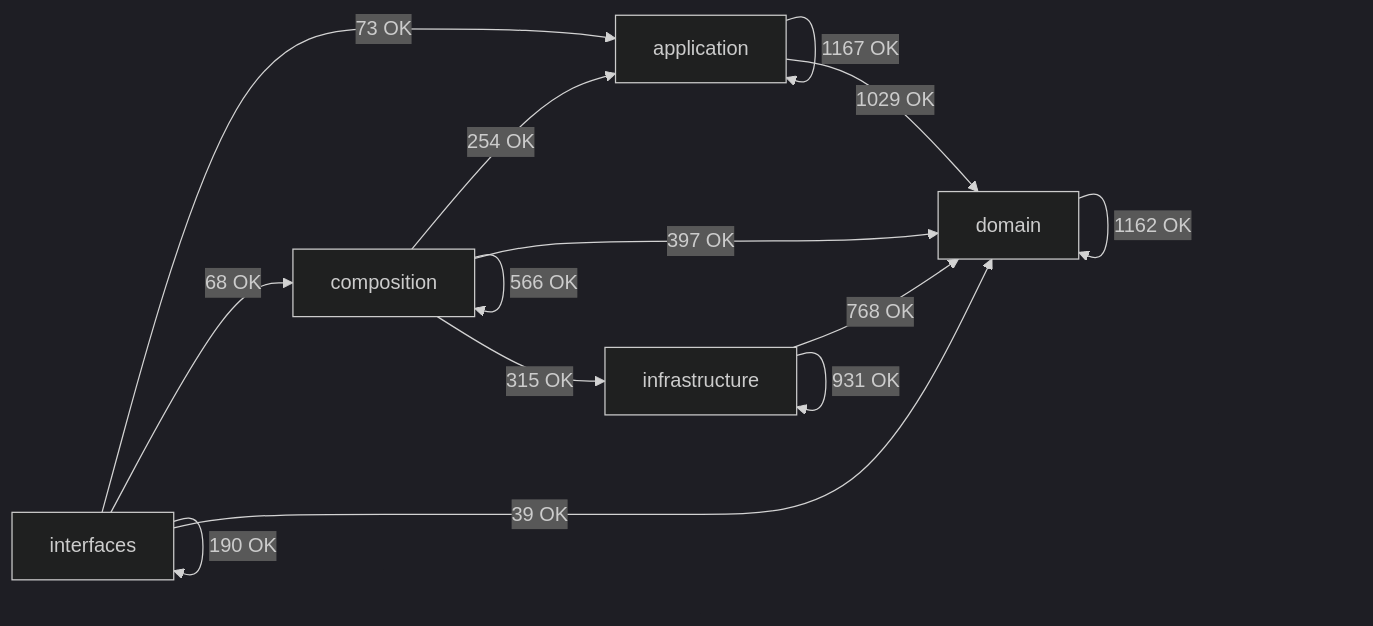
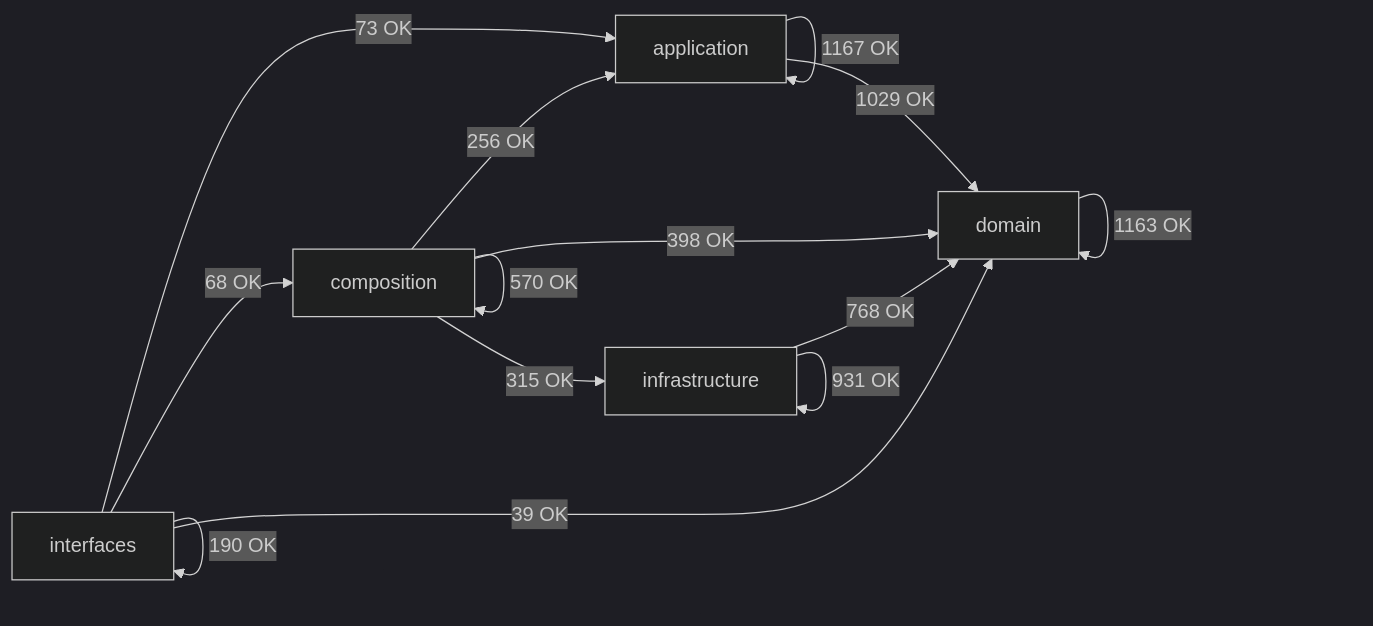
Before and after one commit to SatoryKono/BioactivityDataAcquisition: the diagram in docs/02-architecture/generated/module-dependency-map.md, drawn with Mermaid (dark theme). The commit also changed other lines of this file and 77 other files, not shown here.

````diff
--- a/docs/02-architecture/generated/module-dependency-map.md
+++ b/docs/02-architecture/generated/module-dependency-map.md
@@ -17,21 +17,21 @@
 ```mermaid
 flowchart LR
     domain[domain]
     application[application]
     infrastructure[infrastructure]
     composition[composition]
     interfaces[interfaces]
     application -->|1167 OK| application
     application -->|1029 OK| domain
-    composition -->|254 OK| application
-    composition -->|566 OK| composition
-    composition -->|397 OK| domain
+    composition -->|256 OK| application
+    composition -->|570 OK| composition
+    composition -->|398 OK| domain
     composition -->|315 OK| infrastructure
-    domain -->|1162 OK| domain
+    domain -->|1163 OK| domain
     infrastructure -->|768 OK| domain
     infrastructure -->|931 OK| infrastructure
     interfaces -->|73 OK| application
     interfaces -->|68 OK| composition
     interfaces -->|39 OK| domain
     interfaces -->|190 OK| interfaces
 ```
````
